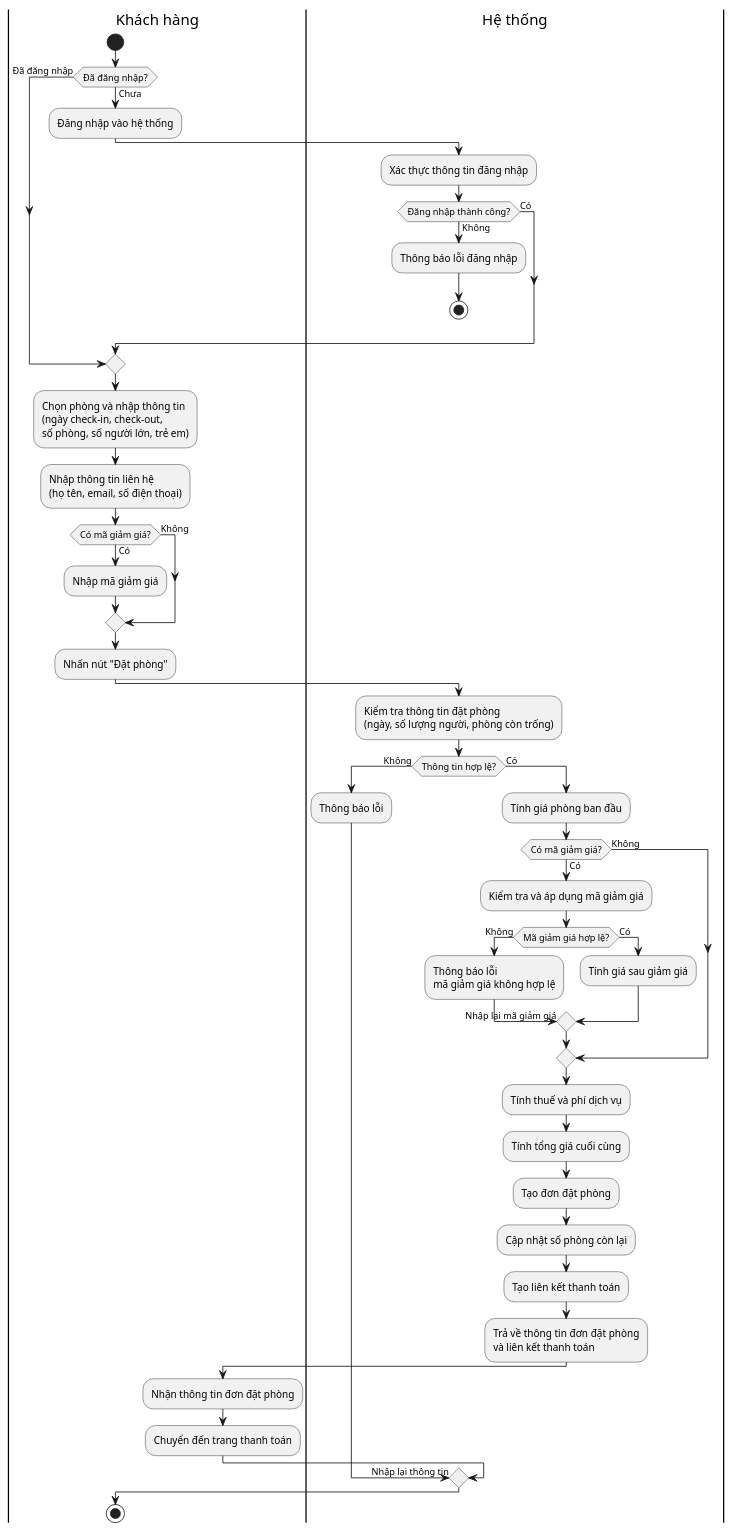
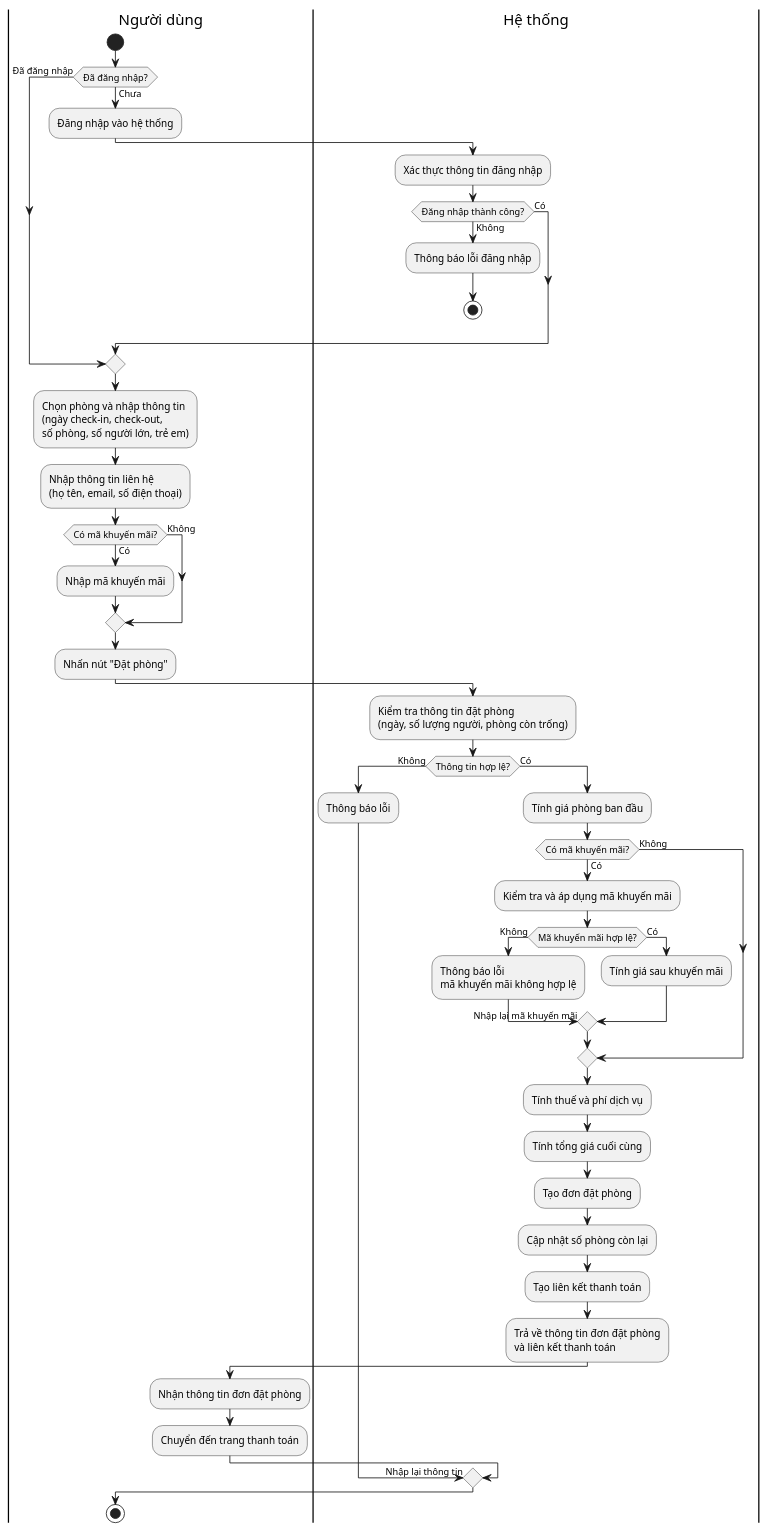
One commit to decoutkhanqindev/holidate-nestjs-springboot-aws changed the diagram in be/holidate/activity_diagrams/create-booking-activity.puml. Above: the diagram before and after it, drawn with PlantUML. The commit also changed 16 other files, not shown here.

Commit message:
Refactor activity diagrams: Replace "Khách hàng" with "Người dùng" for consistency across booking and payment processes, and update terminology for clarity in user interactions.

```diff
--- a/be/holidate/activity_diagrams/create-booking-activity.puml
+++ b/be/holidate/activity_diagrams/create-booking-activity.puml
@@ -1,64 +1,64 @@
 @startuml
-|Khách hàng|
+|Người dùng|
 start
 if (Đã đăng nhập?) then (Chưa)
   :Đăng nhập vào hệ thống;
   |Hệ thống|
   :Xác thực thông tin đăng nhập;
   if (Đăng nhập thành công?) then (Không)
     :Thông báo lỗi đăng nhập;
     stop
   else (Có)
-    |Khách hàng|
+    |Người dùng|
   endif
 else (Đã đăng nhập)
 endif
 
-|Khách hàng|
+|Người dùng|
 :Chọn phòng và nhập thông tin\n(ngày check-in, check-out,\nsố phòng, số người lớn, trẻ em);
 :Nhập thông tin liên hệ\n(họ tên, email, số điện thoại);
-if (Có mã giảm giá?) then (Có)
-  :Nhập mã giảm giá;
+if (Có mã khuyến mãi?) then (Có)
+  :Nhập mã khuyến mãi;
 else (Không)
 endif
 :Nhấn nút "Đặt phòng";
 
 |Hệ thống|
 :Kiểm tra thông tin đặt phòng\n(ngày, số lượng người, phòng còn trống);
 
 if (Thông tin hợp lệ?) then (Không)
   :Thông báo lỗi;
-  |Khách hàng|
+  |Người dùng|
   -> Nhập lại thông tin;
 else (Có)
   |Hệ thống|
   :Tính giá phòng ban đầu;
 
-  if (Có mã giảm giá?) then (Có)
-    :Kiểm tra và áp dụng mã giảm giá;
-    if (Mã giảm giá hợp lệ?) then (Không)
-      :Thông báo lỗi\nmã giảm giá không hợp lệ;
-      |Khách hàng|
-      -> Nhập lại mã giảm giá;
+  if (Có mã khuyến mãi?) then (Có)
+    :Kiểm tra và áp dụng mã khuyến mãi;
+    if (Mã khuyến mãi hợp lệ?) then (Không)
+      :Thông báo lỗi\nmã khuyến mãi không hợp lệ;
+      |Người dùng|
+      -> Nhập lại mã khuyến mãi;
     else (Có)
       |Hệ thống|
-      :Tính giá sau giảm giá;
+      :Tính giá sau khuyến mãi;
     endif
   else (Không)
   endif
 
   |Hệ thống|
   :Tính thuế và phí dịch vụ;
   :Tính tổng giá cuối cùng;
   :Tạo đơn đặt phòng;
   :Cập nhật số phòng còn lại;
   :Tạo liên kết thanh toán;
   :Trả về thông tin đơn đặt phòng\nvà liên kết thanh toán;
 
-  |Khách hàng|
+  |Người dùng|
   :Nhận thông tin đơn đặt phòng;
   :Chuyển đến trang thanh toán;
 endif
 
 stop
 @enduml
```
